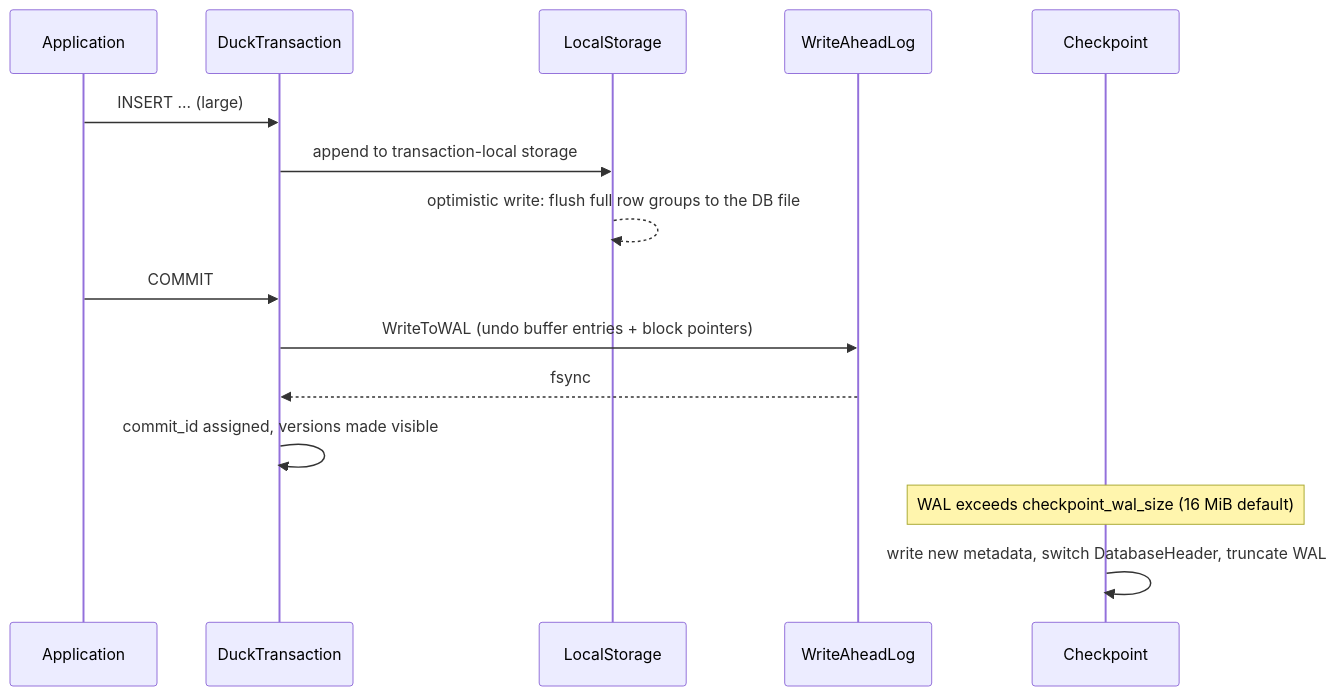
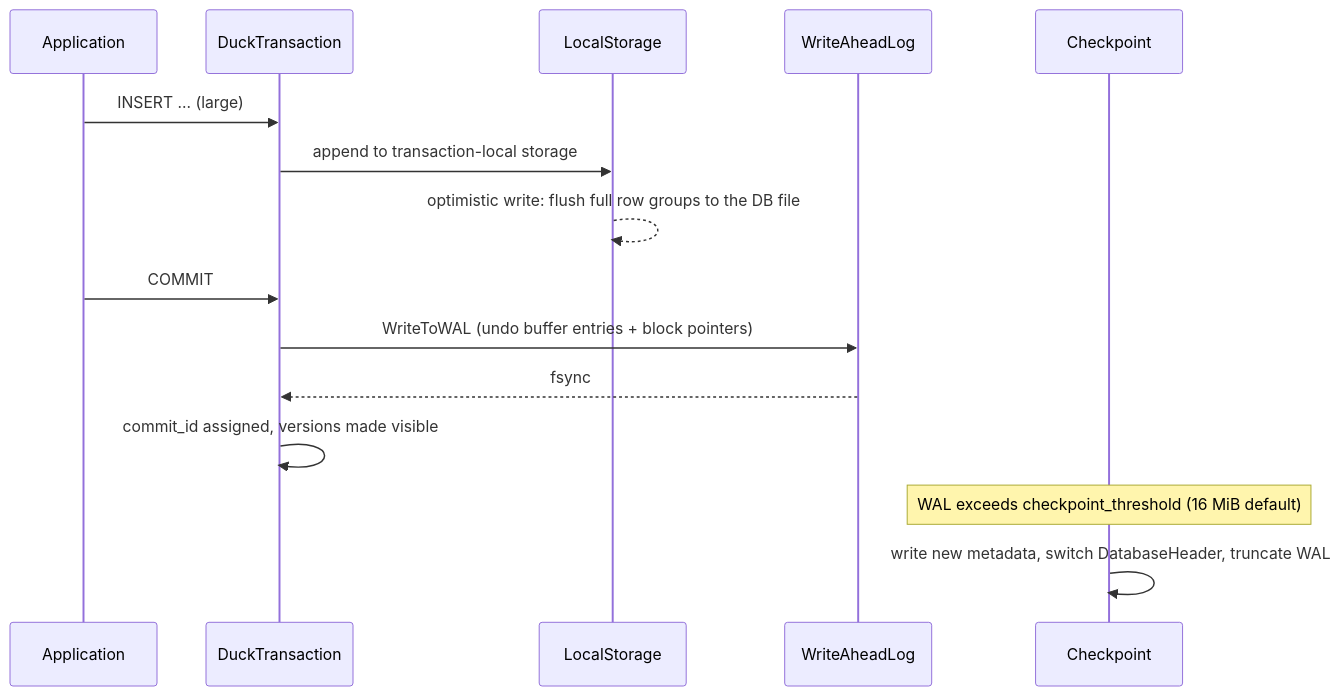
The second of 2 diagrams in content/blog/en/duckdb-internals.mdx (yoichiozaki/yoichiozaki.github.io), drawn with Mermaid before and after one commit. The commit also changed other lines of this file and 88 other files, not shown here.

````diff
--- a/content/blog/en/duckdb-internals.mdx
+++ b/content/blog/en/duckdb-internals.mdx
@@ -994,17 +994,17 @@
 ```mermaid
 sequenceDiagram
     participant App as Application
     participant Txn as DuckTransaction
     participant Local as LocalStorage
     participant Wal as WriteAheadLog
     participant Chk as Checkpoint
     App->>Txn: INSERT ... (large)
     Txn->>Local: append to transaction-local storage
     Local-->>Local: optimistic write: flush full row groups to the DB file
     App->>Txn: COMMIT
     Txn->>Wal: WriteToWAL (undo buffer entries + block pointers)
     Wal-->>Txn: fsync
     Txn->>Txn: commit_id assigned, versions made visible
-    Note over Chk: WAL exceeds checkpoint_wal_size (16 MiB default)
+    Note over Chk: WAL exceeds checkpoint_threshold (16 MiB default)
     Chk->>Chk: write new metadata, switch DatabaseHeader, truncate WAL
 ```
````
